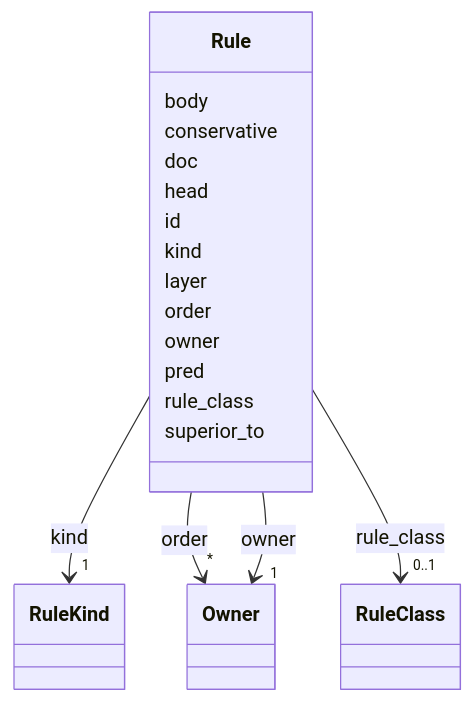
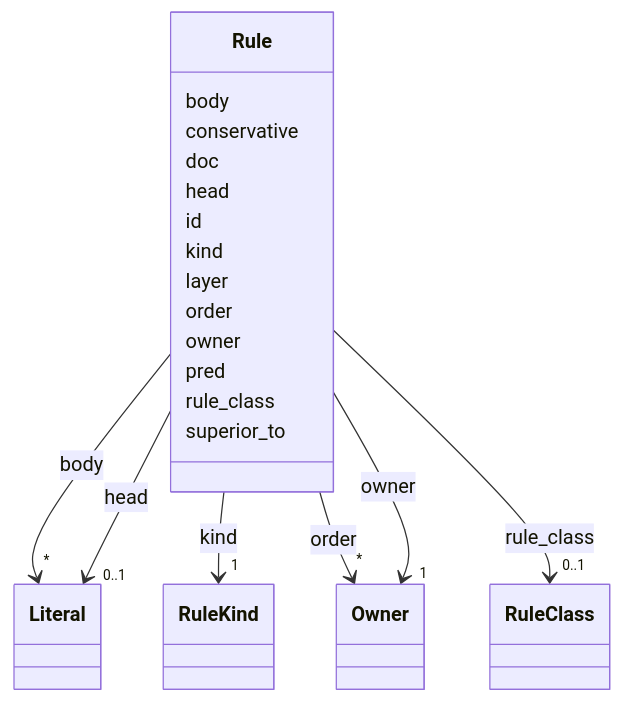
The diagram in spikes/v3/v3a-prolog/linkml/docs/schema/Rule.md (matthiasautrata/llm-policy-reasoning), drawn with Mermaid before and after one commit. The commit also changed other lines of this file and 54 other files, not shown here.

Commit message:
Spike v3 fix F2: structured rule bodies in LinkML (designates_type literal/term classes), class rule enforced via any_of (+ not inherited through is_a), 12/12 negatives, round-trip check, docs/DDL regenerated

````diff
--- a/spikes/v3/v3a-prolog/linkml/docs/schema/Rule.md
+++ b/spikes/v3/v3a-prolog/linkml/docs/schema/Rule.md
@@ -23,66 +23,84 @@
 ```mermaid
  classDiagram
     class Rule
     click Rule href "../Rule/"
       Rule : body
         
+          
+    
+        
+        
+        Rule --> "*" Literal : body
+        click Literal href "../Literal/"
+    
+
+        
       Rule : conservative
         
       Rule : doc
         
       Rule : head
+        
+          
+    
+        
+        
+        Rule --> "0..1" Literal : head
+        click Literal href "../Literal/"
+    
+
         
       Rule : id
         
       Rule : kind
         
           
     
         
         
         Rule --> "1" RuleKind : kind
         click RuleKind href "../RuleKind/"
     
 
         
       Rule : layer
         
       Rule : order
         
           
     
         
         
         Rule --> "*" Owner : order
         click Owner href "../Owner/"
     
 
         
       Rule : owner
         
           
     
         
         
         Rule --> "1" Owner : owner
         click Owner href "../Owner/"
     
 
         
       Rule : pred
         
       Rule : rule_class
         
           
     
         
         
         Rule --> "0..1" RuleClass : rule_class
         click RuleClass href "../RuleClass/"
     
 
         
       Rule : superior_to
         
       
 ```
````
